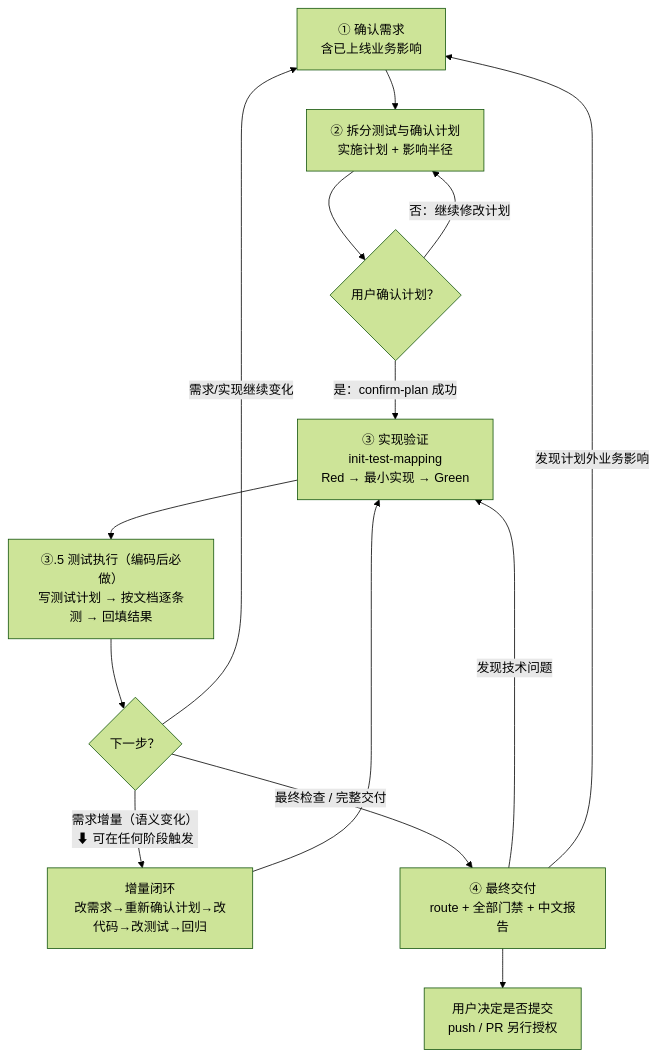
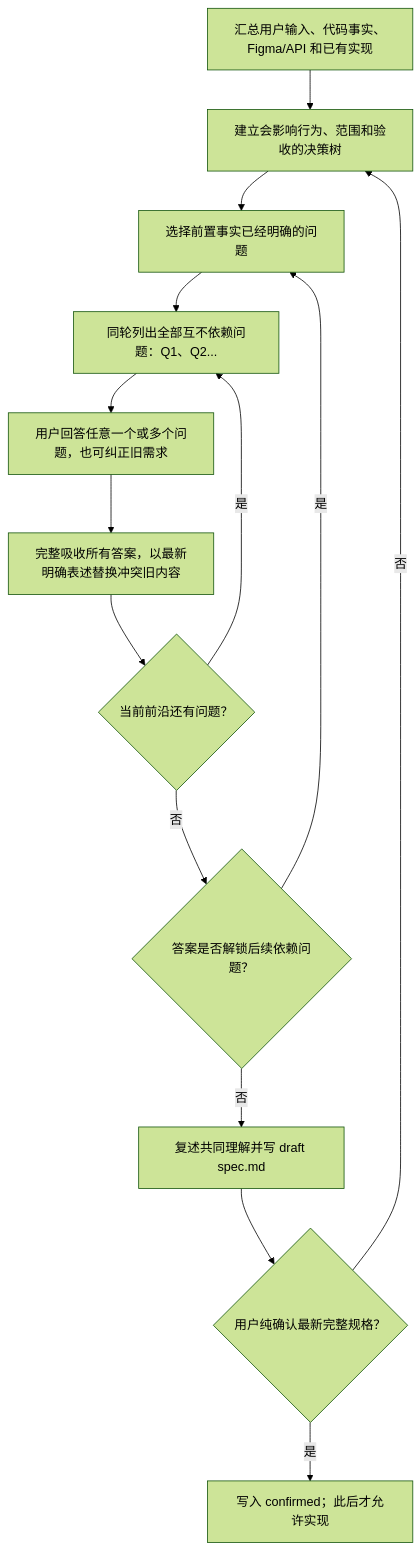
Before and after one commit to yejuntian/android-delivery-skills: the second of 10 diagrams in docs/FLOW_DIAGRAMS.md, drawn with Mermaid (forest theme). The commit also changed other lines of this file and 213 other files, not shown here.

````diff
--- a/docs/FLOW_DIAGRAMS.md
+++ b/docs/FLOW_DIAGRAMS.md
@@ -68,16 +67,16 @@
 ```mermaid
 flowchart TD
-    S1["① 确认需求<br/>含已上线业务影响"] --> S2["② 拆分测试与确认计划<br/>实施计划 + 影响半径"]
-    S2 --> S2C{"用户确认计划？"}
-    S2C -- "否：继续修改计划" --> S2
-    S2C -- "是：confirm-plan 成功" --> S3["③ 实现验证<br/>init-test-mapping<br/>Red → 最小实现 → Green"]
-    S3 --> S3A["③.5 测试执行（编码后必做）<br/>写测试计划 → 按文档逐条测 → 回填结果"]
-    S3A --> S4{"下一步？"}
-    S4 -- "需求/实现继续变化" --> S1
-    S4 -- "需求增量（语义变化）<br/>⬇ 可在任何阶段触发" --> S5["增量闭环<br/>改需求→重新确认计划→改代码→改测试→回归"]
-    S5 --> S3
-    S4 -- "最终检查 / 完整交付" --> S6["④ 最终交付<br/>route + 全部门禁 + 中文报告"]
-    S6 -- "发现技术问题" --> S3
-    S6 -- "发现计划外业务影响" --> S1
-    S6 --> S7["用户决定是否提交<br/>push / PR 另行授权"]
+    INPUT["汇总用户输入、代码事实、Figma/API 和已有实现"] --> TREE["建立会影响行为、范围和验收的决策树"]
+    TREE --> FIND["选择前置事实已经明确的问题"]
+    FIND --> GROUP["同轮列出全部互不依赖问题：Q1、Q2..."]
+    GROUP --> ANSWER["用户回答任意一个或多个问题，也可纠正旧需求"]
+    ANSWER --> MERGE["完整吸收所有答案，以最新明确表述替换冲突旧内容"]
+    MERGE --> LEFT{"当前前沿还有问题？"}
+    LEFT -- "是" --> GROUP
+    LEFT -- "否" --> DEPENDENT{"答案是否解锁后续依赖问题？"}
+    DEPENDENT -- "是" --> FIND
+    DEPENDENT -- "否" --> RESTATE["复述共同理解并写 draft spec.md"]
+    RESTATE --> CONFIRM{"用户纯确认最新完整规格？"}
+    CONFIRM -- "否" --> TREE
+    CONFIRM -- "是" --> BDD["写入 confirmed；此后才允许实现"]
 ```
````
